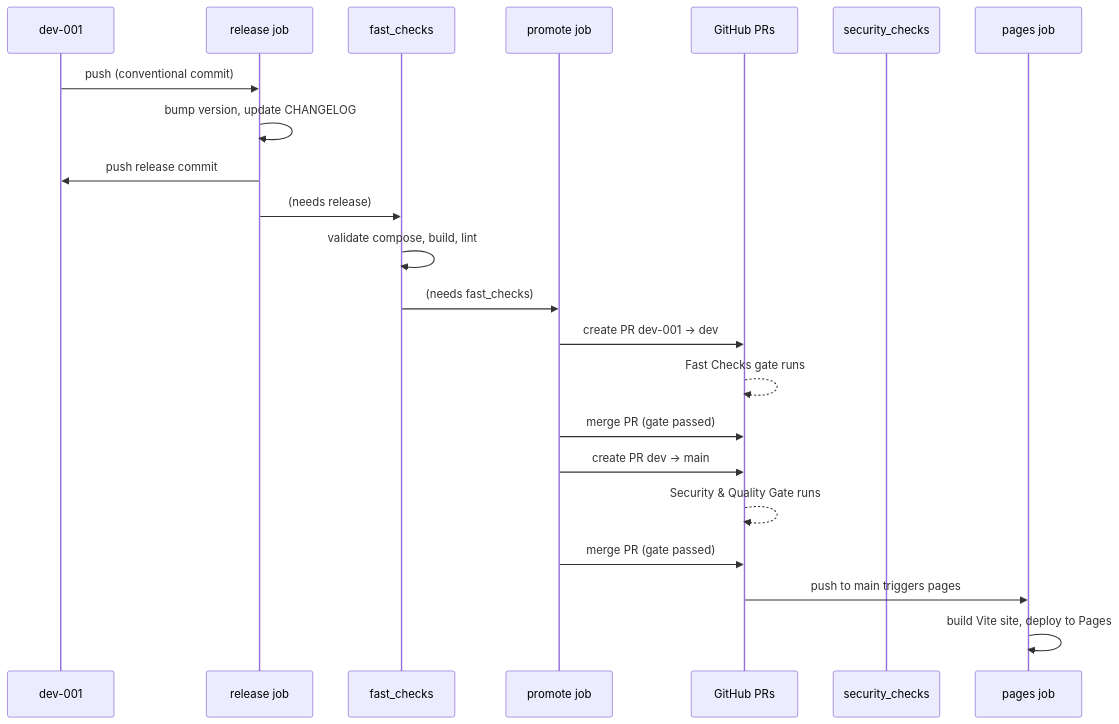
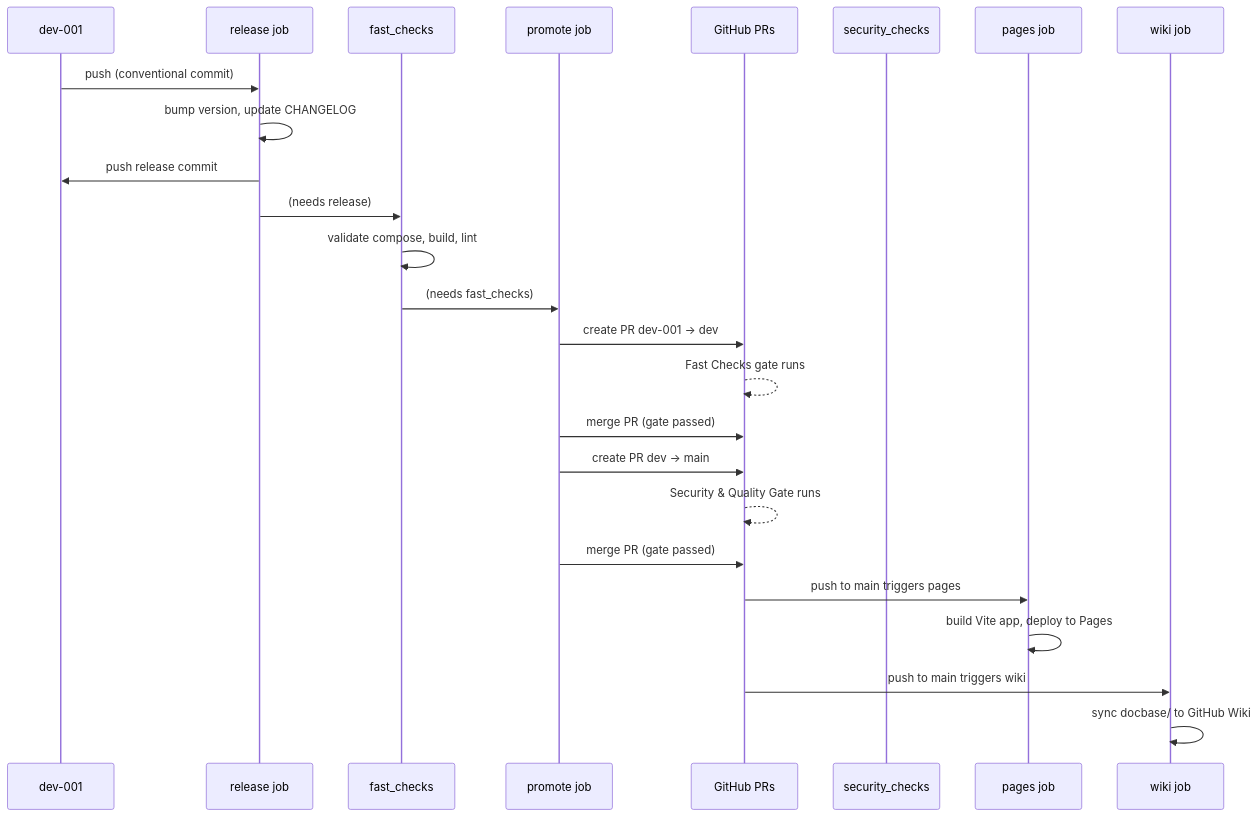
Before and after one commit to Mcc-Mak/opencode-workflow-demo: the second of 4 diagrams in docbase/docs/CICD-Pipeline.md, drawn with Mermaid. The commit also changed other lines of this file and 29 other files, not shown here.

First line of the commit message:
feat: deploy codebase to Pages, docbase to Wiki (0.4.0)

````diff
--- a/docbase/docs/CICD-Pipeline.md
+++ b/docbase/docs/CICD-Pipeline.md
@@ -40,25 +44,28 @@
 ```mermaid
 sequenceDiagram
   participant dev001 as dev-001
   participant R as release job
   participant F as fast_checks
   participant P as promote job
   participant GH as GitHub PRs
   participant S as security_checks
   participant PG as pages job
+  participant WK as wiki job
 
   dev001->>R: push (conventional commit)
   R->>R: bump version, update CHANGELOG
   R->>dev001: push release commit
   R->>F: (needs release)
   F->>F: validate compose, build, lint
   F->>P: (needs fast_checks)
   P->>GH: create PR dev-001 → dev
   GH-->>GH: Fast Checks gate runs
   P->>GH: merge PR (gate passed)
   P->>GH: create PR dev → main
   GH-->>GH: Security & Quality Gate runs
   P->>GH: merge PR (gate passed)
   GH->>PG: push to main triggers pages
-  PG->>PG: build Vite site, deploy to Pages
+  PG->>PG: build Vite app, deploy to Pages
+  GH->>WK: push to main triggers wiki
+  WK->>WK: sync docbase/ to GitHub Wiki
 ```
````
